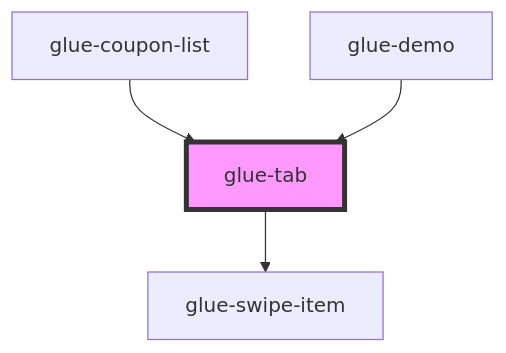
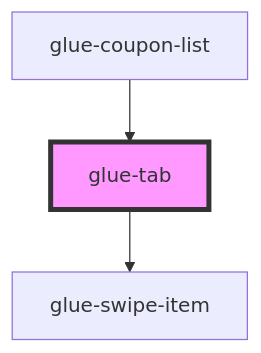
One commit to grasilife/glue changed the diagram in packages/glue-components/src/components/glue-tab/readme.md. Above: the diagram before and after it, drawn with Mermaid. The commit also changed other lines of this file and 7 other files, not shown here.

````diff
--- a/packages/glue-components/src/components/glue-tab/readme.md
+++ b/packages/glue-components/src/components/glue-tab/readme.md
@@ -33,7 +32,6 @@
 ```mermaid
 graph TD;
   glue-tab --> glue-swipe-item
   glue-coupon-list --> glue-tab
-  glue-demo --> glue-tab
   style glue-tab fill:#f9f,stroke:#333,stroke-width:4px
 ```
````
